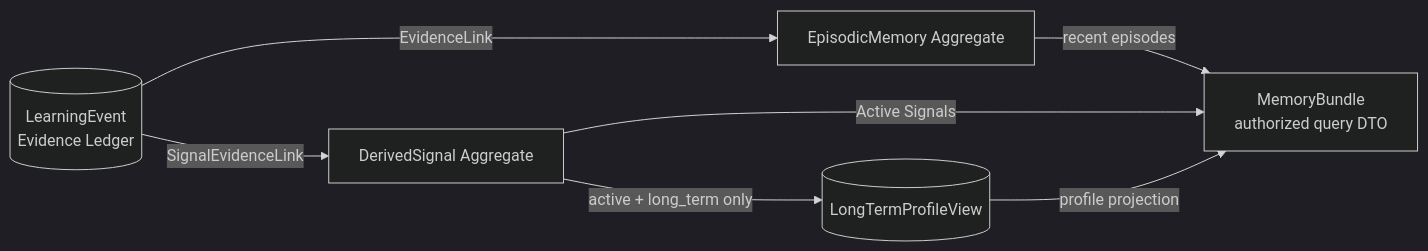
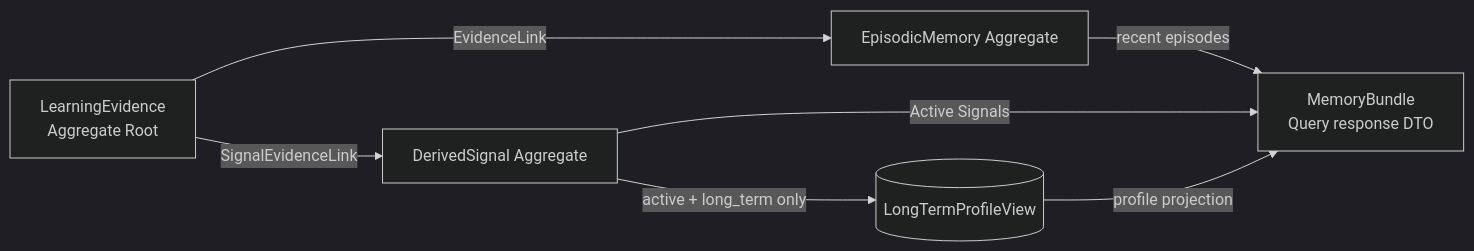
Before and after one commit to johanchow/duxue: the second of 9 diagrams in docs/technical/design-memory.md, drawn with Mermaid (dark theme). The commit also changed other lines of this file, not shown here.

````diff
--- a/docs/technical/design-memory.md
+++ b/docs/technical/design-memory.md
@@ -40,15 +44,15 @@
 ```mermaid
 flowchart LR
-    LE[(LearningEvent<br/>Evidence Ledger)]
+    LE[LearningEvidence<br/>Aggregate Root]
     EM[EpisodicMemory Aggregate]
     DS[DerivedSignal Aggregate]
     LP[(LongTermProfileView)]
-    MB[MemoryBundle<br/>authorized query DTO]
+    MB[MemoryBundle<br/>Query response DTO]
 
     LE -->|EvidenceLink| EM
     LE -->|SignalEvidenceLink| DS
     EM -->|recent episodes| MB
     DS -->|Active Signals| MB
     DS -->|active + long_term only| LP
     LP -->|profile projection| MB
 ```
````
